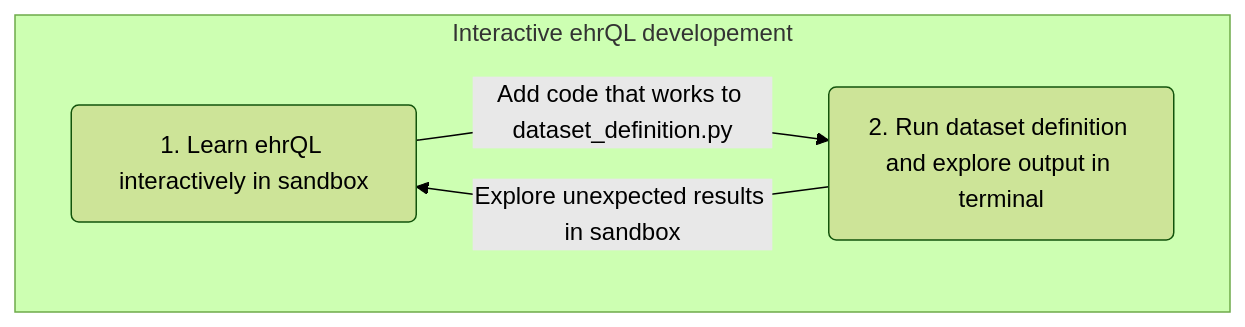
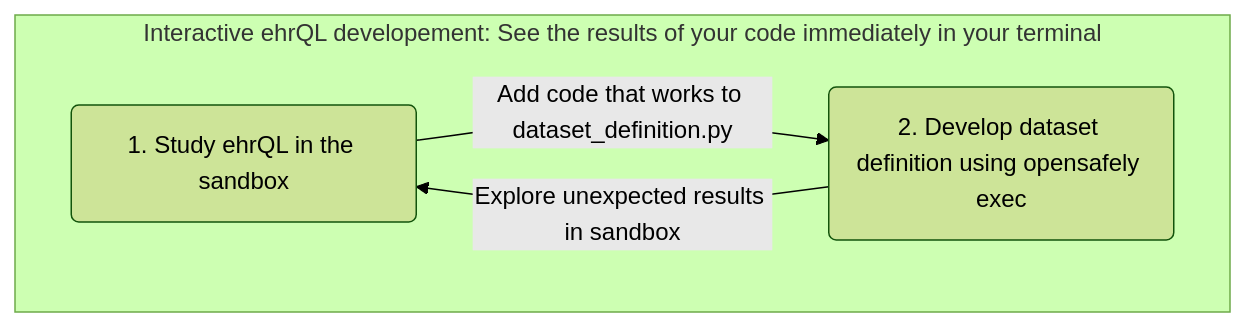
The first of 2 diagrams in README.md (opensafely/ehrql-workflow), drawn with Mermaid (forest theme) before and after one commit. The commit also changed other lines of this file, not shown here.

````diff
--- a/README.md
+++ b/README.md
@@ -43,11 +17,11 @@
 ```mermaid
 flowchart TD;
 
-  sandbox("1. Learn ehrQL interactively in sandbox")
-  exec("2. Run dataset definition and explore output in terminal")
+  sandbox("1. Study ehrQL in the sandbox")
+  exec("2. Develop dataset definition using opensafely exec")
 
-  subgraph interactive-dev["Interactive ehrQL developement"]
+  subgraph interactive-dev["Interactive ehrQL developement: See the results of your code immediately in your terminal"]
     exec -- "Explore unexpected results in sandbox" --> sandbox
     sandbox -- "Add code that works to dataset_definition.py" --> exec
   end
 ```
````
